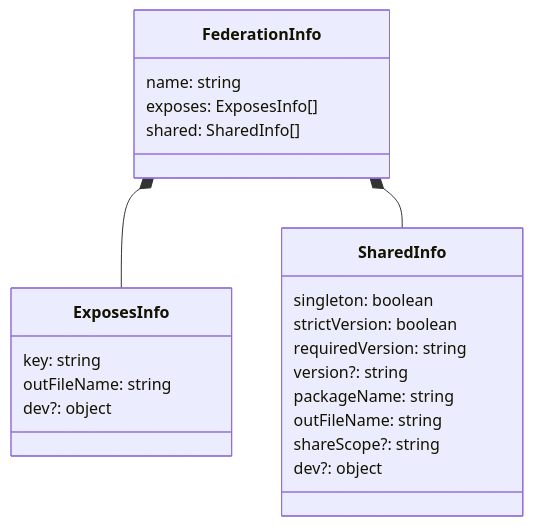
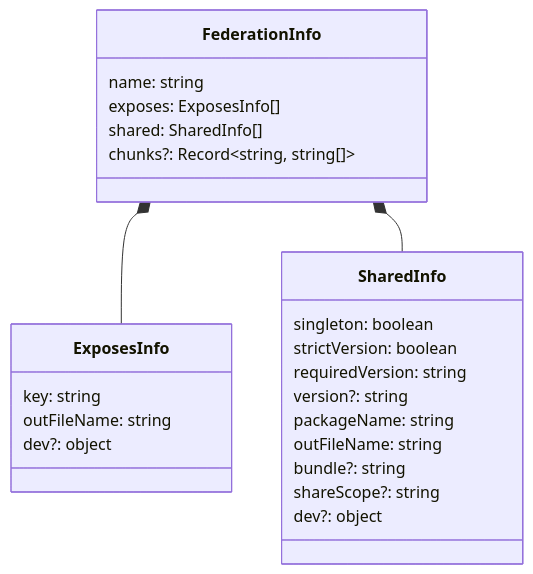
One commit to topicusonderwijs/vanilla-native-federation changed the third of 5 diagrams in docs/architecture.md. Above: the diagram before and after it, drawn with Mermaid. The commit also changed other lines of this file and 2 other files, not shown here.

Commit message:
fix: Added docs for dense-chunking feature

````diff
--- a/docs/architecture.md
+++ b/docs/architecture.md
@@ -147,26 +147,28 @@
 ```mermaid
 classDiagram
     FederationInfo *-- ExposesInfo
     FederationInfo *-- SharedInfo
 
     class FederationInfo {
         name: string
         exposes: ExposesInfo[]
         shared: SharedInfo[]
+        chunks?: Record~string, string[]~
     }
     class ExposesInfo{
         key: string
         outFileName: string
         dev?: object
     }
     class SharedInfo{
         singleton: boolean
         strictVersion: boolean
         requiredVersion: string
         version?: string
         packageName: string
         outFileName: string
+        bundle?: string
         shareScope?: string
         dev?: object
     }
 ```
````
